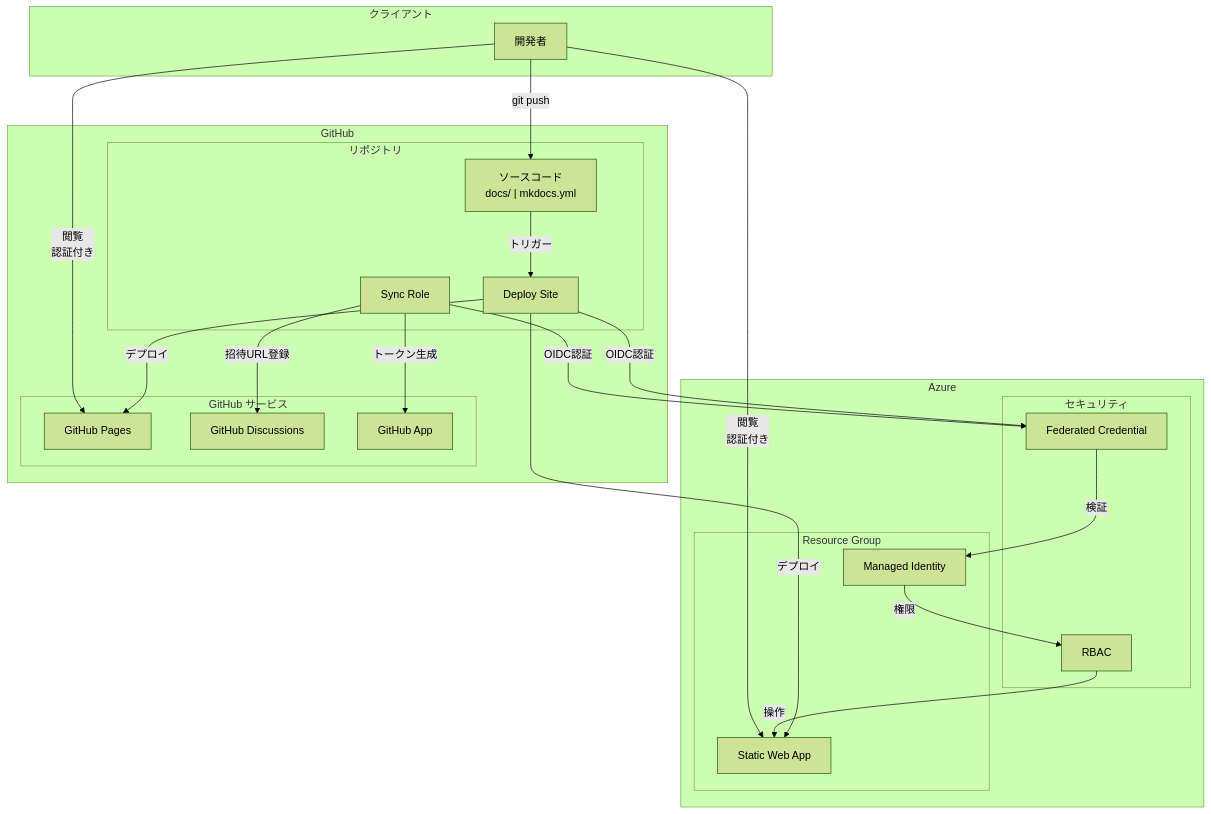
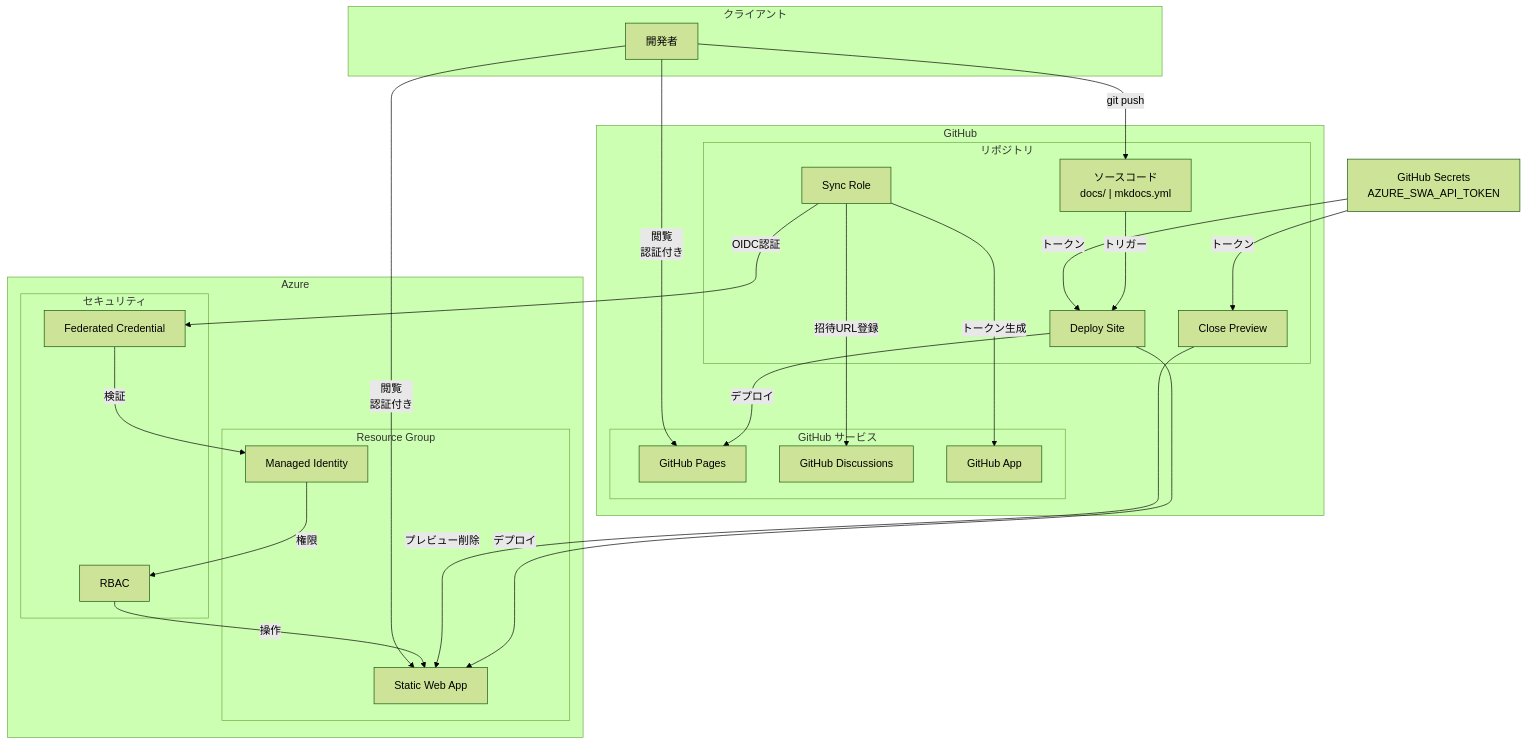
One commit to ssd-mkdocs-platform/ssd-mkdocs-sample changed the first of 6 diagrams in docs/アーキテクチャー/deploy-architecture.md. Above: the diagram before and after it, drawn with Mermaid (forest theme). The commit also changed other lines of this file, not shown here.

````diff
--- a/docs/アーキテクチャー/deploy-architecture.md
+++ b/docs/アーキテクチャー/deploy-architecture.md
@@ -23,51 +24,56 @@
 ```mermaid
 flowchart TB
     subgraph Clients["クライアント"]
         Developer["開発者"]
     end
 
     subgraph GitHub["GitHub"]
         subgraph Repository["リポジトリ"]
             Source["ソースコード<br/>docs/ | mkdocs.yml"]
             WF_Deploy["Deploy Site"]
+            WF_Close["Close Preview"]
             WF_Sync["Sync Role"]
         end
 
         subgraph GitHubServices["GitHub サービス"]
             Pages["GitHub Pages"]
             Discussions["GitHub Discussions"]
             GitHubApp["GitHub App"]
         end
     end
 
     subgraph Azure["Azure"]
         subgraph ResourceGroup["Resource Group"]
             SWA["Static Web App"]
             ManagedIdentity["Managed Identity"]
         end
 
         subgraph Security["セキュリティ"]
             FederatedCredential["Federated Credential"]
             RBAC["RBAC"]
         end
     end
 
     Developer -->|git push| Source
     Source -->|トリガー| WF_Deploy
 
     WF_Deploy -->|デプロイ| Pages
     WF_Deploy -->|デプロイ| SWA
-    WF_Deploy -->|OIDC認証| FederatedCredential
+    WF_Close -->|プレビュー削除| SWA
+
+    Secrets["GitHub Secrets<br/>AZURE_SWA_API_TOKEN"]
+    Secrets -->|トークン| WF_Deploy
+    Secrets -->|トークン| WF_Close
 
     WF_Sync -->|OIDC認証| FederatedCredential
     WF_Sync -->|トークン生成| GitHubApp
 
     FederatedCredential -->|検証| ManagedIdentity
     ManagedIdentity -->|権限| RBAC
     RBAC -->|操作| SWA
 
     WF_Sync -->|招待URL登録| Discussions
 
     Developer -->|閲覧<br/>認証付き| Pages
     Developer -->|閲覧<br/>認証付き| SWA
 ```
````
